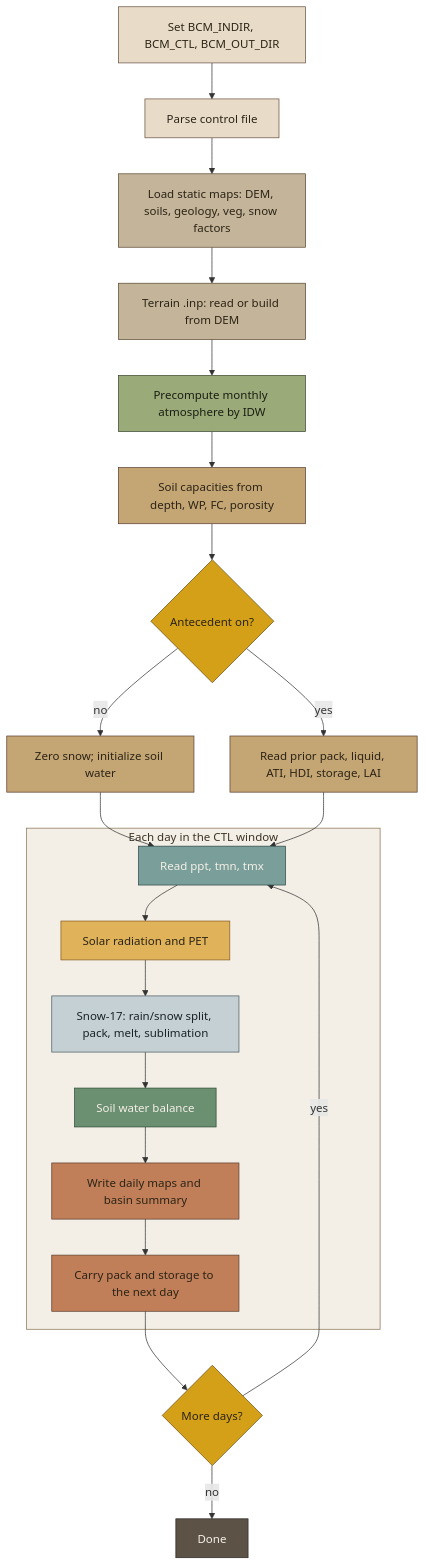
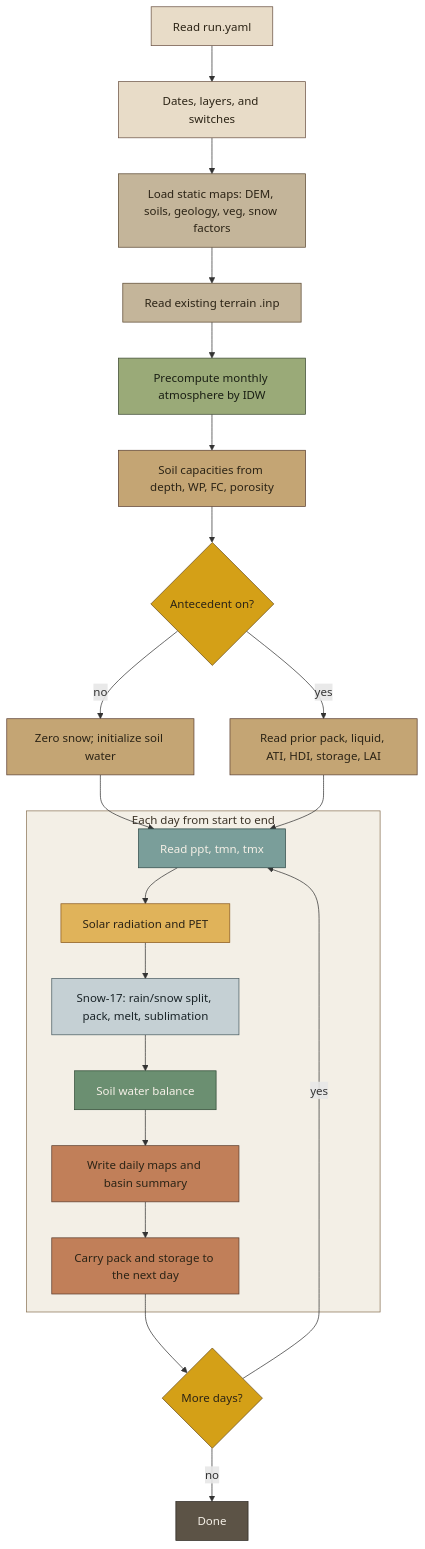
One commit to ajoros/bcm-py-daily changed the diagram in README.md. Above: the diagram before and after it, drawn with Mermaid. The commit also changed other lines of this file and 27 other files, not shown here.

First line of the commit message:
Replace the Fortran control file with a Python run.yaml.

````diff
--- a/README.md
+++ b/README.md
@@ -73,50 +131,50 @@
 ```mermaid
 flowchart TD
-  start[Set BCM_INDIR, BCM_CTL, BCM_OUT_DIR] --> ctl[Parse control file]
+  start[Read run.yaml] --> ctl[Dates, layers, and switches]
   ctl --> static[Load static maps: DEM, soils, geology, veg, snow factors]
-  static --> terr[Terrain .inp: read or build from DEM]
+  static --> terr[Read existing terrain .inp]
   terr --> idw[Precompute monthly atmosphere by IDW]
   idw --> soil[Soil capacities from depth, WP, FC, porosity]
   soil --> prior{Antecedent on?}
   prior -->|no| init[Zero snow; initialize soil water]
   prior -->|yes| load[Read prior pack, liquid, ATI, HDI, storage, LAI]
   init --> loop
   load --> loop
 
-  subgraph daily [Each day in the CTL window]
+  subgraph daily [Each day from start to end]
     loop[Read ppt, tmn, tmx] --> pet[Solar radiation and PET]
     pet --> snow[Snow-17: rain/snow split, pack, melt, sublimation]
     snow --> wb[Soil water balance]
     wb --> out[Write daily maps and basin summary]
     out --> carry[Carry pack and storage to the next day]
   end
 
   carry --> more{More days?}
   more -->|yes| loop
   more -->|no| done[Done]
 
   classDef sand fill:#e8dcc8,stroke:#6b5344,color:#2c2416
   classDef rock fill:#c4b59a,stroke:#5c4a32,color:#2c2416
   classDef soil fill:#c4a574,stroke:#5c4033,color:#2c2416
   classDef sage fill:#9aaa78,stroke:#3d4a32,color:#1a1f14
   classDef ochre fill:#d4a017,stroke:#6b4f1d,color:#2c2416
   classDef rain fill:#7a9e9a,stroke:#2f4a48,color:#f4efe6
   classDef sun fill:#e0b35a,stroke:#8a5a20,color:#2c2416
   classDef snowc fill:#c5d0d4,stroke:#4a5c62,color:#1a2428
   classDef moss fill:#6b8f71,stroke:#2f4a34,color:#f4efe6
   classDef clay fill:#c17f59,stroke:#5c3d2e,color:#2c2416
   classDef bark fill:#5c5346,stroke:#2c2822,color:#f4efe6
 
   class start,ctl sand
   class static,terr rock
   class idw sage
   class soil,init,load soil
   class prior,more ochre
   class loop rain
   class pet sun
   class snow snowc
   class wb moss
   class out,carry clay
   class done bark
   style daily fill:#f3efe6,stroke:#8a7355,color:#3d3428
 ```
````
